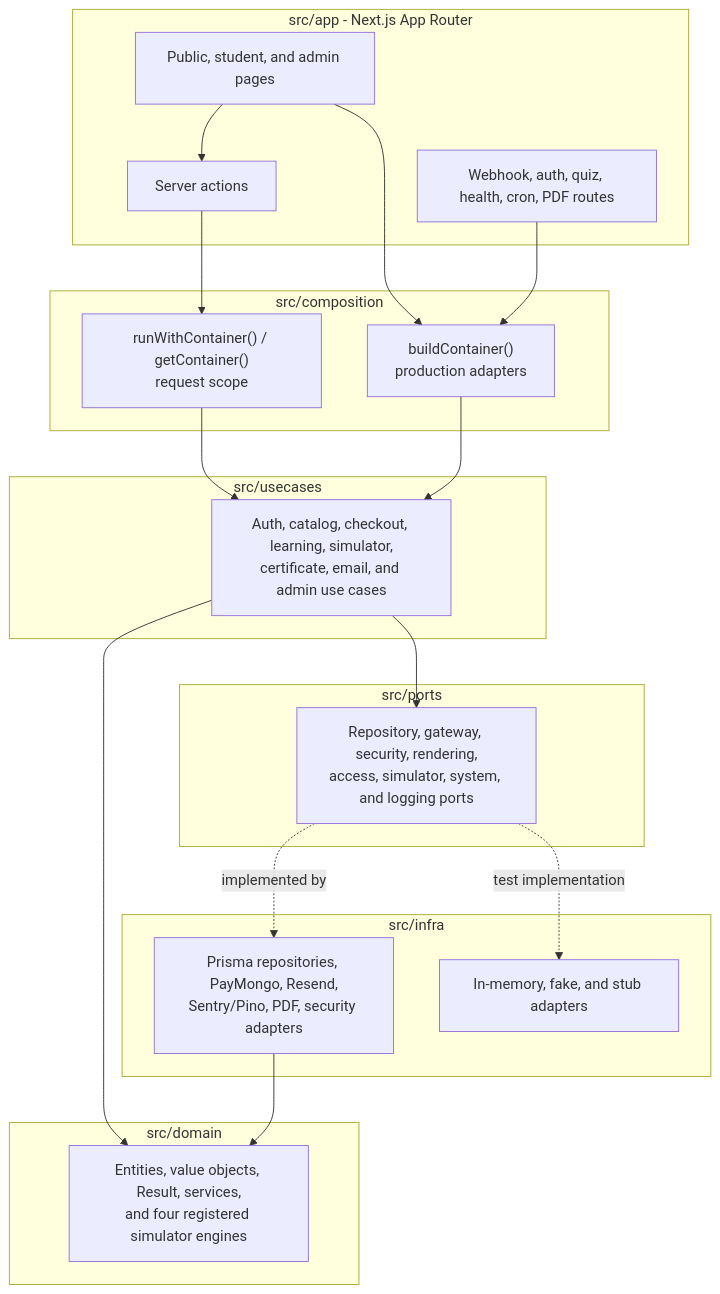
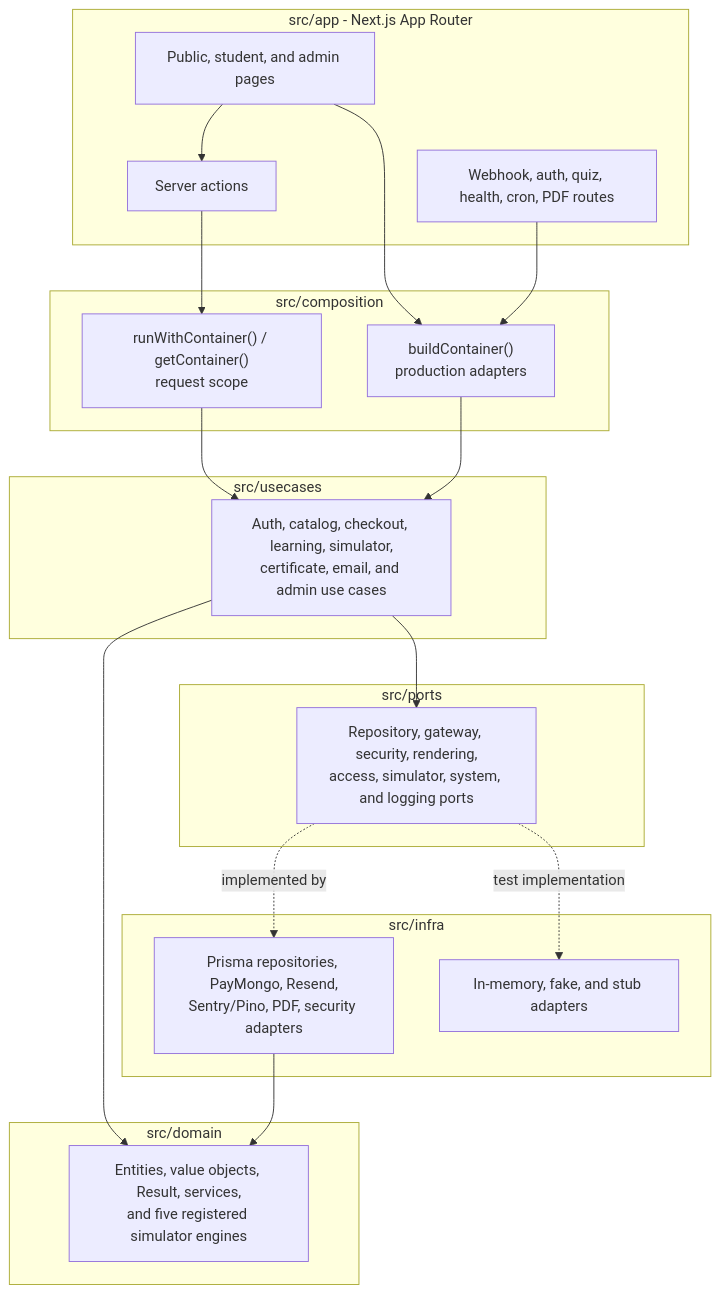
Before and after one commit to projectamazonph/amph-v2-greenfield: the diagram in docs/architecture/01-layer-wiring.md, drawn with Mermaid. The commit also changed 13 other files, not shown here.

````diff
--- a/docs/architecture/01-layer-wiring.md
+++ b/docs/architecture/01-layer-wiring.md
@@ -8,41 +8,41 @@
 ```mermaid
 flowchart TB
   subgraph APP["src/app - Next.js App Router"]
     PAGES["Public, student, and admin pages"]
     ACTIONS["Server actions"]
     ROUTES["Webhook, auth, quiz, health, cron, PDF routes"]
   end
 
   subgraph COMPOSITION["src/composition"]
     CONTAINER["buildContainer()\nproduction adapters"]
     SCOPE["runWithContainer() / getContainer()\nrequest scope"]
   end
 
   subgraph USECASES["src/usecases"]
     UC["Auth, catalog, checkout, learning, simulator,\ncertificate, email, and admin use cases"]
   end
 
   subgraph PORTS["src/ports"]
     PORT["Repository, gateway, security, rendering,\naccess, simulator, system, and logging ports"]
   end
 
   subgraph DOMAIN["src/domain"]
-    RULES["Entities, value objects, Result, services,\nand four registered simulator engines"]
+    RULES["Entities, value objects, Result, services,\nand five registered simulator engines"]
   end
 
   subgraph INFRA["src/infra"]
     PROD["Prisma repositories, PayMongo, Resend,\nSentry/Pino, PDF, security adapters"]
     TEST["In-memory, fake, and stub adapters"]
   end
 
   PAGES --> ACTIONS
   PAGES --> CONTAINER
   ROUTES --> CONTAINER
   ACTIONS --> SCOPE --> UC
   CONTAINER --> UC
   UC --> PORT
   UC --> RULES
   PORT -. implemented by .-> PROD
   PORT -. test implementation .-> TEST
   PROD --> RULES
 ```
````
